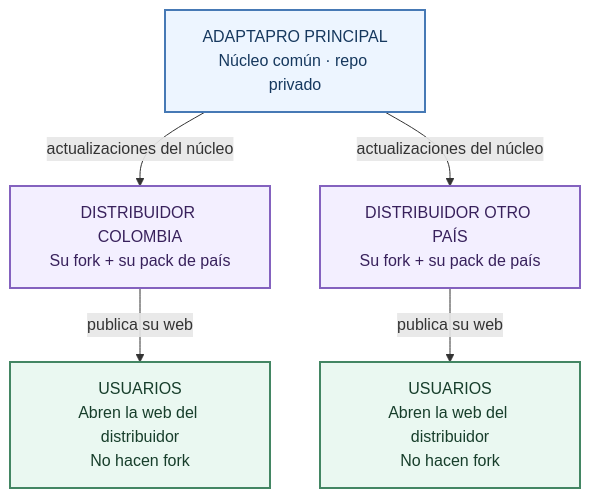
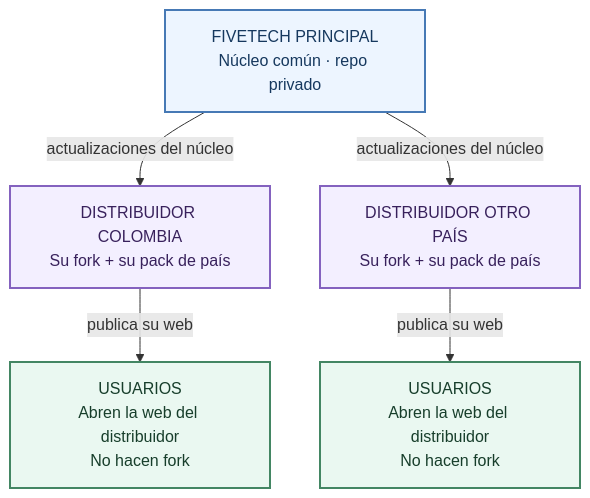
Before and after one commit to FiveTechSoft/AdaptaPro: the diagram in docs/modelo-distribuidores.md, drawn with Mermaid. The commit also changed other lines of this file and 22 other files, not shown here.

````diff
--- a/docs/modelo-distribuidores.md
+++ b/docs/modelo-distribuidores.md
@@ -7,18 +7,18 @@
 ```mermaid
 flowchart TB
-    C["ADAPTAPRO PRINCIPAL<br/>Núcleo común · repo privado"]
+    C["FIVETECH PRINCIPAL<br/>Núcleo común · repo privado"]
     D1["DISTRIBUIDOR COLOMBIA<br/>Su fork + su pack de país"]
     D2["DISTRIBUIDOR OTRO PAÍS<br/>Su fork + su pack de país"]
     U1["USUARIOS<br/>Abren la web del distribuidor<br/>No hacen fork"]
     U2["USUARIOS<br/>Abren la web del distribuidor<br/>No hacen fork"]
     C -->|actualizaciones del núcleo| D1
     C -->|actualizaciones del núcleo| D2
     D1 -->|publica su web| U1
     D2 -->|publica su web| U2
     classDef core fill:#edf5ff,stroke:#4679b5,color:#16385e,stroke-width:2px
     classDef country fill:#f3efff,stroke:#8462bf,color:#38215c,stroke-width:2px
     classDef people fill:#eaf8f1,stroke:#438663,color:#173e2b,stroke-width:2px
     class C core
     class D1,D2 country
     class U1,U2 people
 ```
````
